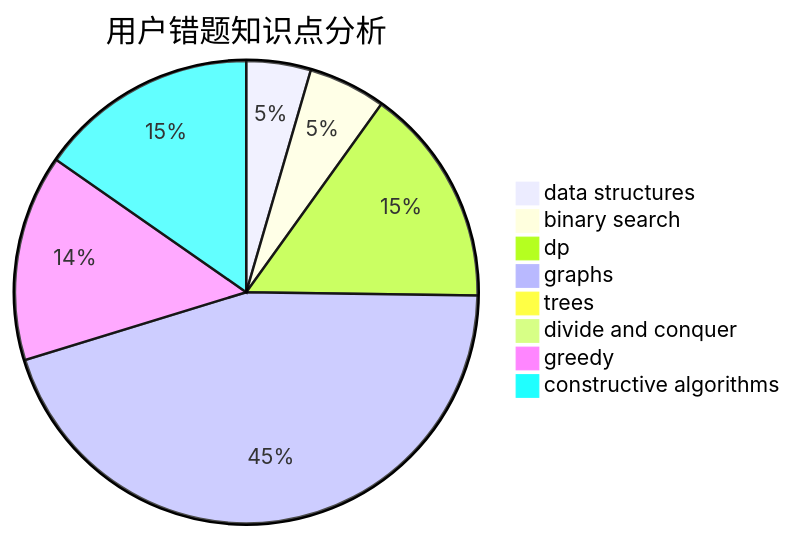
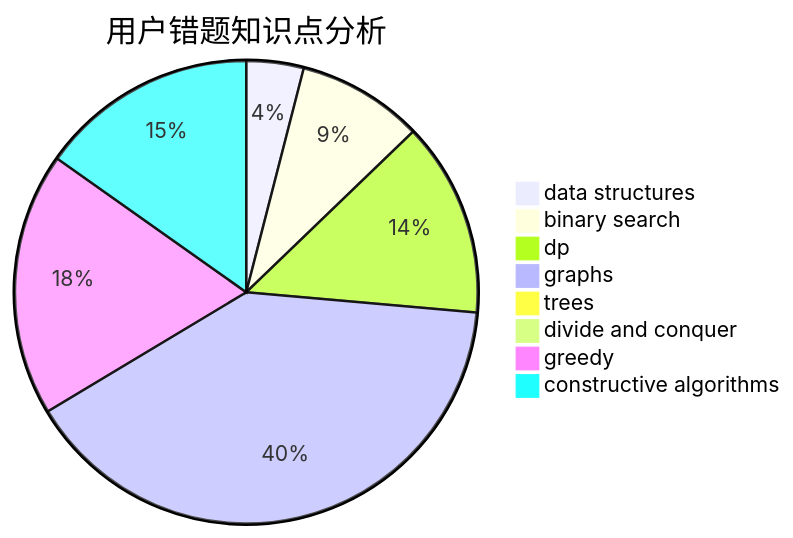
One commit to sherpahu/cfrs.github.io changed the third of 3 diagrams in docs/user/u1732.md. Above: the diagram before and after it, drawn with Mermaid. The commit also changed other lines of this file and 2770 other files, not shown here.

````diff
--- a/docs/user/u1732.md
+++ b/docs/user/u1732.md
@@ -36,11 +36,11 @@
 ```mermaid
 pie title 用户错题知识点分析
     "data structures" :  5
-    "binary search" :  6
+    "binary search" :  11
     "dp" :  17
     "graphs" :  50
     "trees" :  0
     "divide and conquer" :  0
-    "greedy" :  16
-    "constructive algorithms" :  17
+    "greedy" :  23
+    "constructive algorithms" :  19
 ```
````
